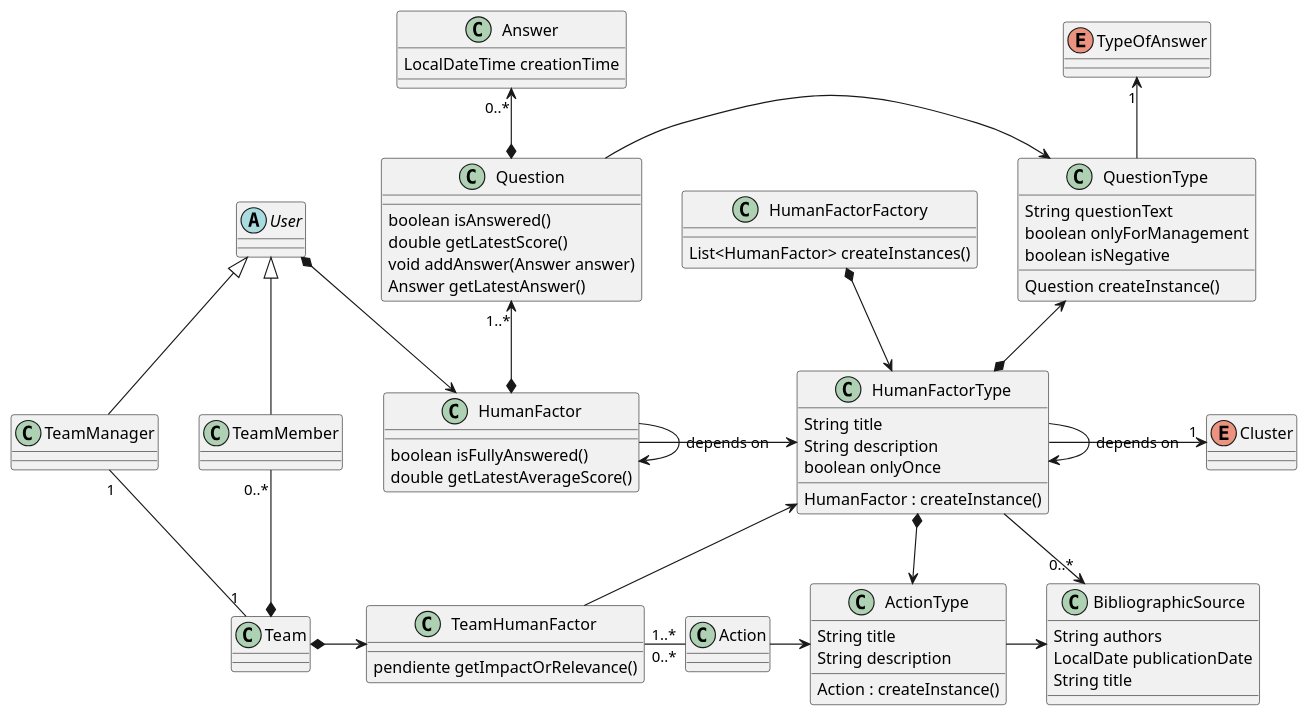
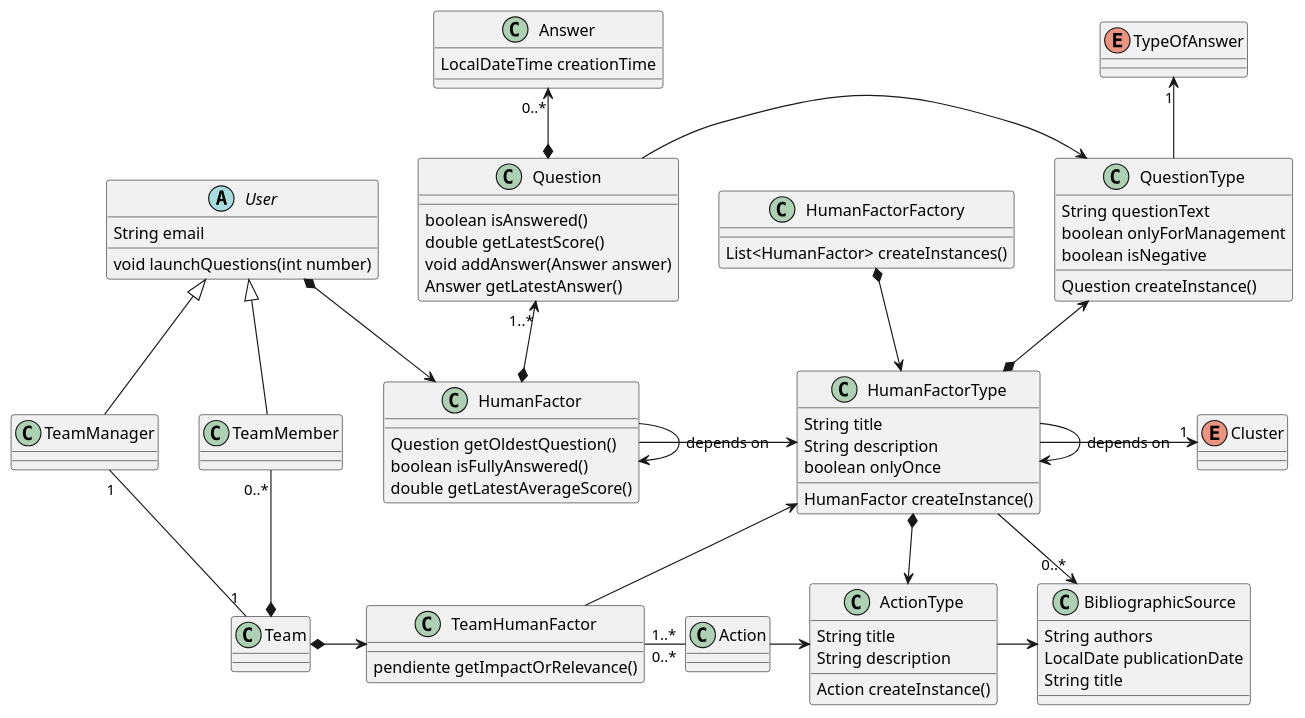
One commit to suken27/human-factors-java changed the diagram in classDiagram.wsd. Above: the diagram before and after it, drawn with PlantUML. The commit also changed 7 other files, not shown here.

```diff
--- a/classDiagram.wsd
+++ b/classDiagram.wsd
@@ -1,79 +1,83 @@
 @startuml
 class HumanFactor {
+    Question getOldestQuestion()
     boolean isFullyAnswered()
     double getLatestAverageScore()
 }
 class TeamHumanFactor {
     pendiente getImpactOrRelevance()
 }
 class HumanFactorType {
     String title
     String description
     boolean onlyOnce
 
-    HumanFactor : createInstance()
+    HumanFactor createInstance()
 }
 class HumanFactorFactory {
     List<HumanFactor> createInstances()
 }
 enum Cluster
 class Action {
     
 }
 class ActionType {
     String title
     String description
-    Action : createInstance()
+    Action createInstance()
 }
 class Question {
     boolean isAnswered()
     double getLatestScore()
     void addAnswer(Answer answer)
     Answer getLatestAnswer()
 }
 class QuestionType {
     String questionText
     boolean onlyForManagement
     boolean isNegative
 
     Question createInstance()
 }
 enum TypeOfAnswer
-abstract class User
+abstract class User {
+    String email
+    void launchQuestions(int number)
+}
 class Answer {
     LocalDateTime creationTime
 }
 class TeamMember
 class TeamManager
 class BibliographicSource {
     String authors
     LocalDate publicationDate
     String title
 }
 class Team {
 
 }
 
 Answer "0..*" <--*  Question
 Question "1..*" <--* HumanFactor
 Question -> QuestionType
 TeamHumanFactor "1..*" - "0..*" Action
 HumanFactorType <-- TeamHumanFactor
 HumanFactor --> HumanFactor : depends on
 HumanFactor -> HumanFactorType
 HumanFactorType -> "1" Cluster
 User <|-- TeamMember
 User <|-- TeamManager
 TeamMember "0..*" --* Team
 TeamManager "1" -- "1" Team
 Team *-> TeamHumanFactor
 ActionType -> BibliographicSource
 Action -> ActionType
 HumanFactorType --> "0..*" BibliographicSource
 HumanFactorType -> HumanFactorType : depends on
 QuestionType <--* HumanFactorType
 HumanFactorType *--> ActionType
 TypeOfAnswer "1" <-- QuestionType
 User *-> HumanFactor
 HumanFactorFactory *--> HumanFactorType
 @enduml
```
